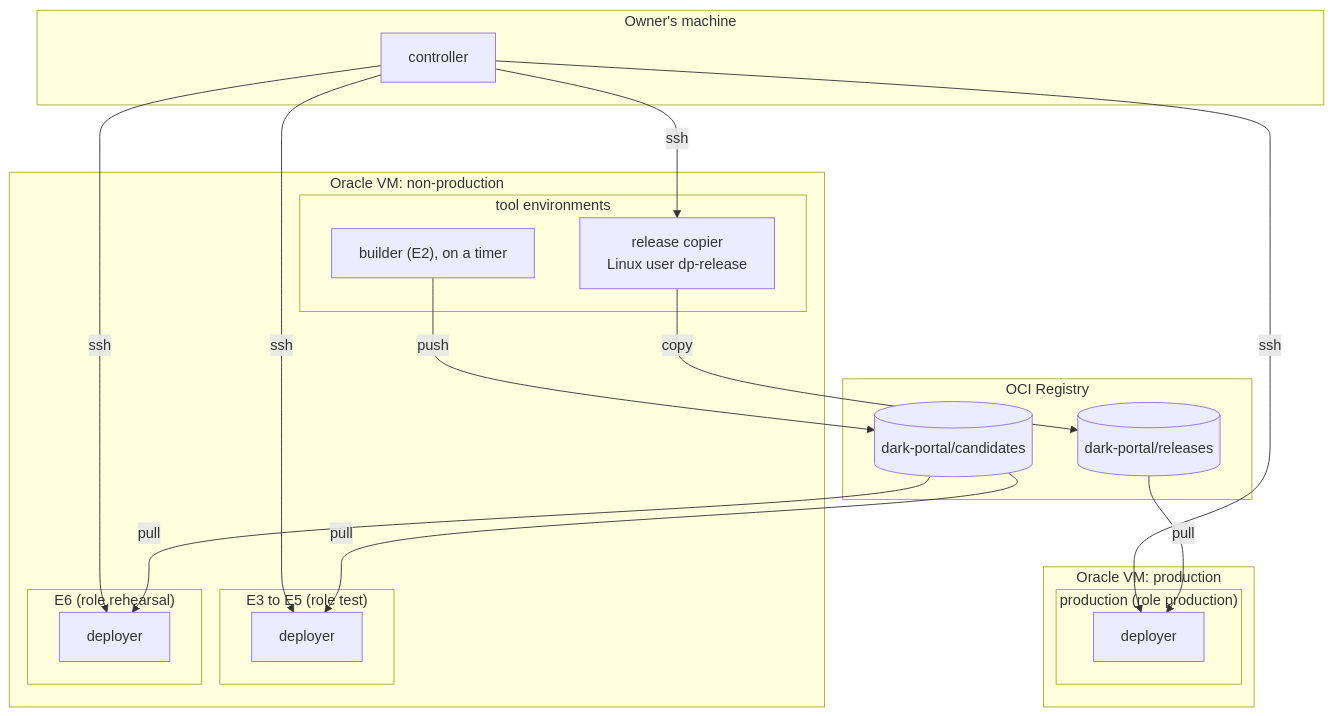
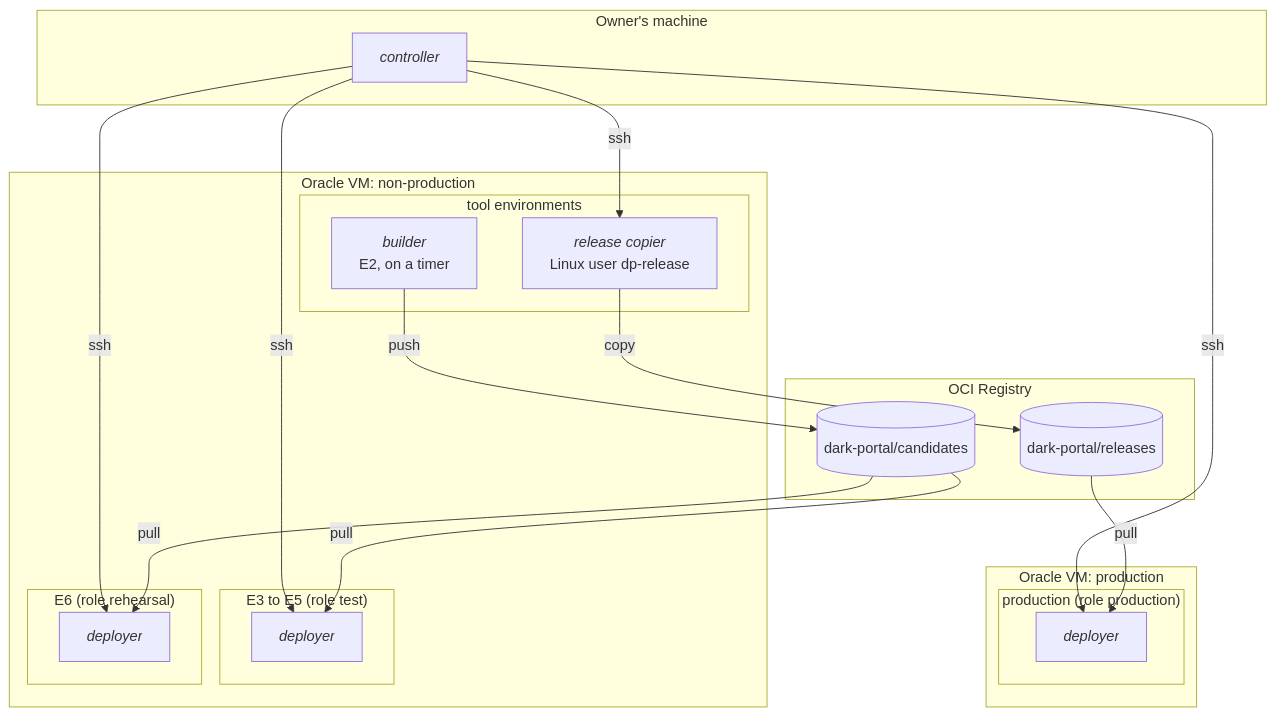
One commit to delphside/programme changed the fourth of 5 diagrams in records/2.5-changes/programme-tooling/117-generic-deliver-tool/design.md. Above: the diagram before and after it, drawn with Mermaid. The commit also changed other lines of this file, not shown here.

First line of the commit message:
Change 117: design diagrams put the component first, in italics

````diff
--- a/records/2.5-changes/programme-tooling/117-generic-deliver-tool/design.md
+++ b/records/2.5-changes/programme-tooling/117-generic-deliver-tool/design.md
@@ -178,36 +178,36 @@
 ```mermaid
 flowchart TB
   subgraph OWNER["Owner's machine"]
-    CTL["controller"]
+    CTL["<i>controller</i>"]
   end
   subgraph NONPROD["Oracle VM: non-production"]
     subgraph TOOLS["tool environments"]
-      BLD["builder (E2), on a timer"]
-      COPY["release copier<br>Linux user dp-release"]
+      BLD["<i>builder</i><br>E2, on a timer"]
+      COPY["<i>release copier</i><br>Linux user dp-release"]
     end
     subgraph TEST["E3 to E5 (role test)"]
-      DEPT["deployer"]
+      DEPT["<i>deployer</i>"]
     end
     subgraph REH["E6 (role rehearsal)"]
-      DEPR["deployer"]
+      DEPR["<i>deployer</i>"]
     end
   end
   subgraph PRODVM["Oracle VM: production"]
     subgraph PROD["production (role production)"]
-      DEPX["deployer"]
+      DEPX["<i>deployer</i>"]
     end
   end
   subgraph OCIR["OCI Registry"]
     CAND[("dark-portal/candidates")]
     REL[("dark-portal/releases")]
   end
   BLD -->|push| CAND
   CTL -->|ssh| COPY
   COPY -->|copy| REL
   CTL -->|ssh| DEPT
   CTL -->|ssh| DEPR
   CTL -->|ssh| DEPX
   CAND -->|pull| DEPT
   CAND -->|pull| DEPR
   REL -->|pull| DEPX
 ```
````
